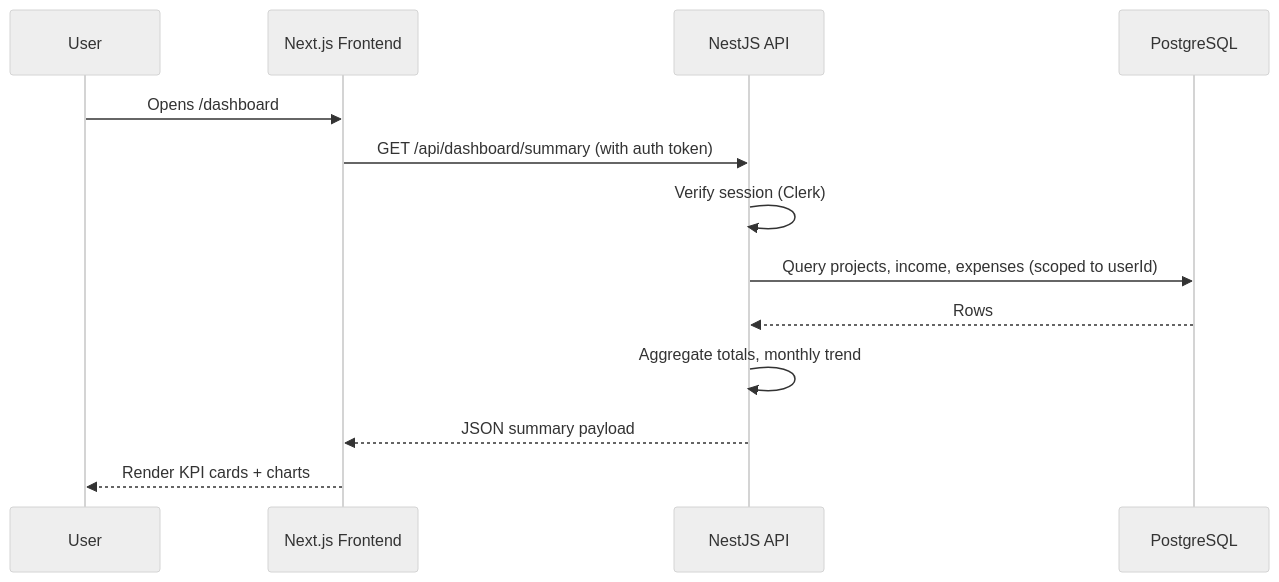
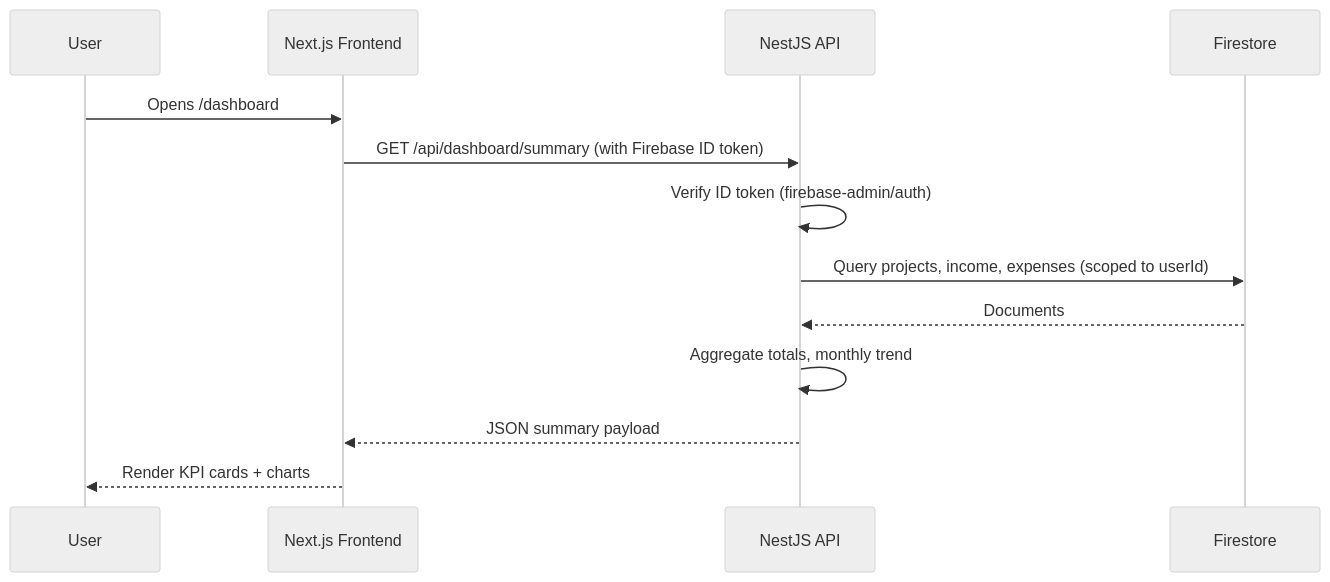
One commit to Kenrockender/MyDashboard changed the second of 2 diagrams in 02-System-Architecture.md. Above: the diagram before and after it, drawn with Mermaid (neutral theme). The commit also changed other lines of this file and 5 other files, not shown here.

````diff
--- a/02-System-Architecture.md
+++ b/02-System-Architecture.md
@@ -59,16 +61,16 @@
 ```mermaid
 sequenceDiagram
     participant U as User
     participant F as Next.js Frontend
     participant A as NestJS API
-    participant DB as PostgreSQL
+    participant DB as Firestore
 
     U->>F: Opens /dashboard
-    F->>A: GET /api/dashboard/summary (with auth token)
-    A->>A: Verify session (Clerk)
+    F->>A: GET /api/dashboard/summary (with Firebase ID token)
+    A->>A: Verify ID token (firebase-admin/auth)
     A->>DB: Query projects, income, expenses (scoped to userId)
-    DB-->>A: Rows
+    DB-->>A: Documents
     A->>A: Aggregate totals, monthly trend
     A-->>F: JSON summary payload
     F-->>U: Render KPI cards + charts
 ```
````
